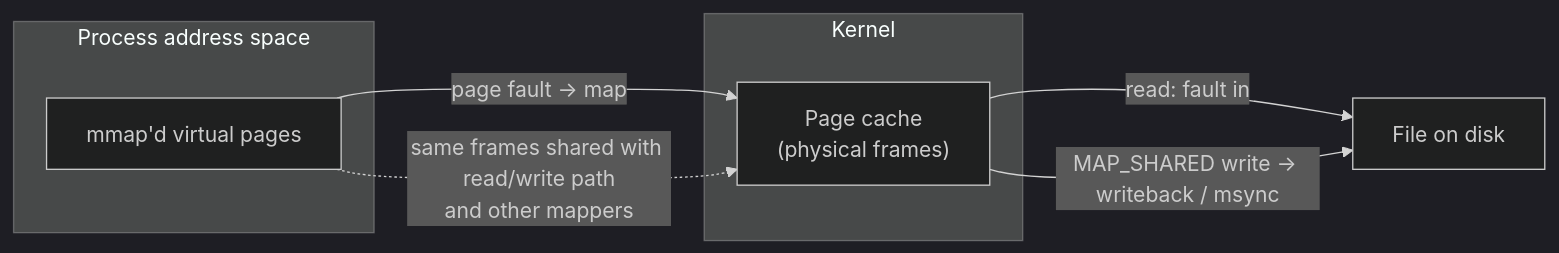
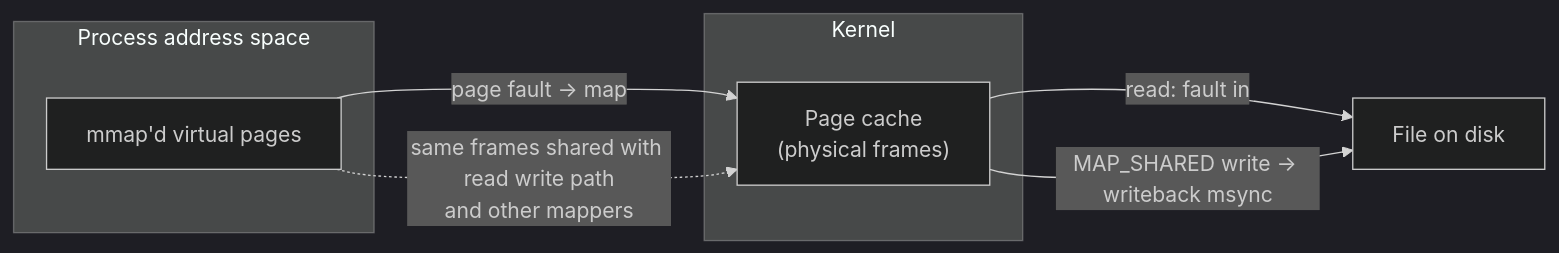
One commit to bumbsclaw/textbooks changed the sixth of 7 diagrams in vol-02-operating-systems-linux/ch03-virtual-memory.md. Above: the diagram before and after it, drawn with Mermaid (dark theme). The commit also changed other lines of this file and 173 other files, not shown here.

First line of the commit message:
fix(mermaid): close note brackets, semicolons in Notes, stateDiagram br -> dash, edge parens

````diff
--- a/vol-02-operating-systems-linux/ch03-virtual-memory.md
+++ b/vol-02-operating-systems-linux/ch03-virtual-memory.md
@@ -416,14 +416,14 @@
 ```mermaid
 flowchart LR
   subgraph PROC["Process address space"]
     VP["mmap'd virtual pages"]
   end
   subgraph KERN["Kernel"]
     PC["Page cache<br/>(physical frames)"]
   end
   DISK["File on disk"]
   VP -->|"page fault -> map"| PC
   PC -->|"read: fault in"| DISK
-  PC -->|"MAP_SHARED write -> writeback / msync"| DISK
-  VP -.->|"same frames shared with read/write path<br/>and other mappers"| PC
+  PC -->|"MAP_SHARED write -> writeback msync"| DISK
+  VP -.->|"same frames shared with read write path<br >and other mappers"| PC
 ```
````
